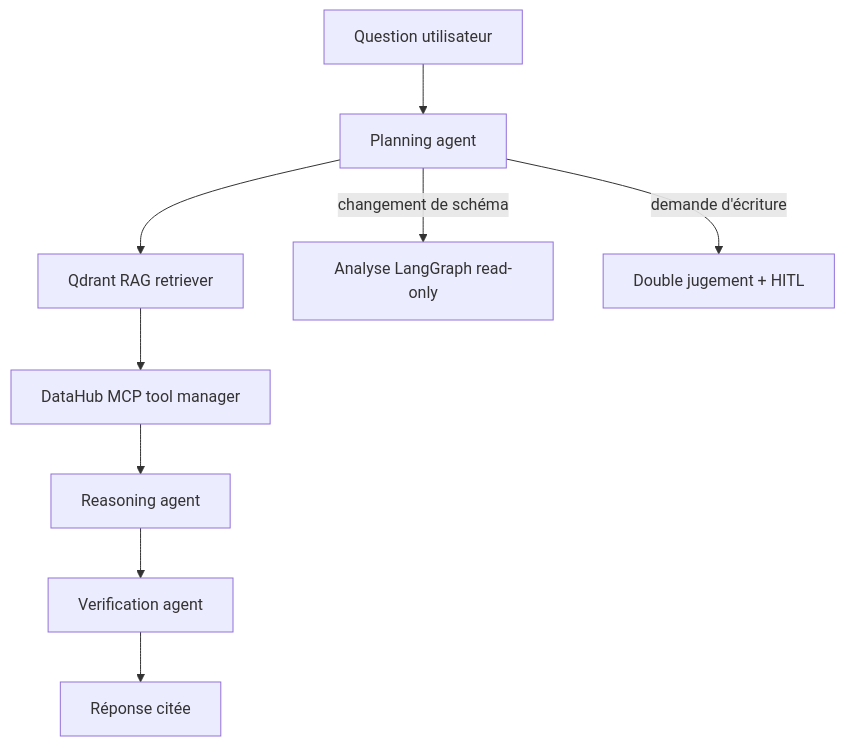
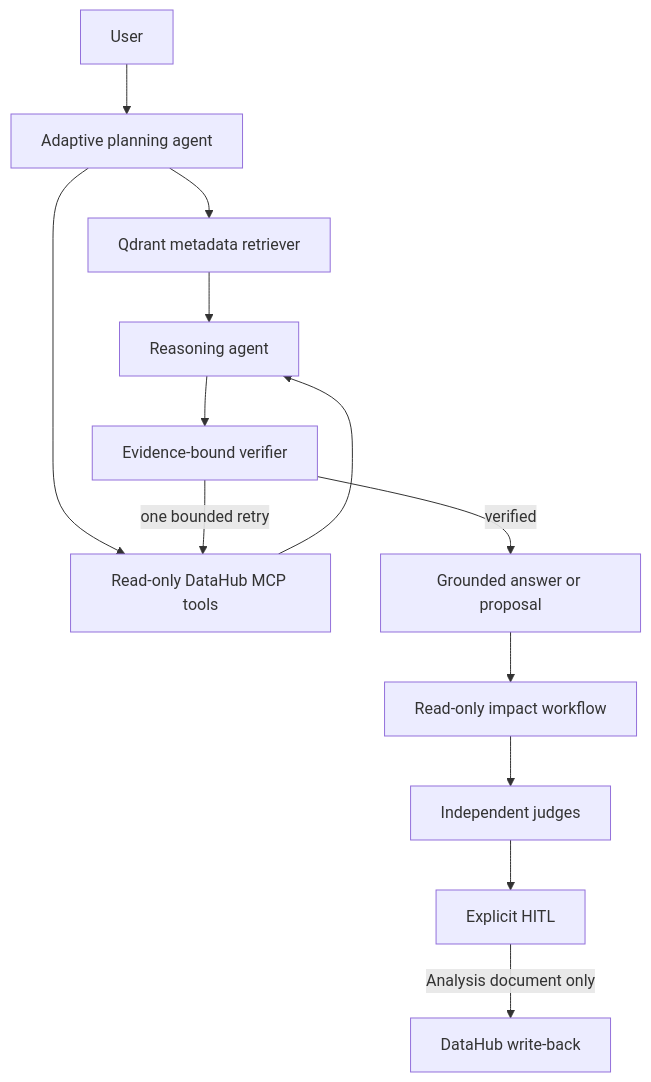
Before and after one commit to omarfh111/LineageGuard-AI: the diagram in README.md, drawn with Mermaid. The commit also changed other lines of this file and 1 other file, not shown here.

````diff
--- a/README.md
+++ b/README.md
@@ -59,11 +11,15 @@
 ```mermaid
 flowchart TD
-    U[Question utilisateur] --> P[Planning agent]
-    P --> R[Qdrant RAG retriever]
-    R --> M[DataHub MCP tool manager]
-    M --> X[Reasoning agent]
-    X --> V[Verification agent]
-    V --> F[Réponse citée]
-    P -->|changement de schéma| A[Analyse LangGraph read-only]
-    P -->|demande d'écriture| H[Double jugement + HITL]
+    U[User] --> P[Adaptive planning agent]
+    P --> R[Qdrant metadata retriever]
+    P --> M[Read-only DataHub MCP tools]
+    R --> X[Reasoning agent]
+    M --> X
+    X --> V[Evidence-bound verifier]
+    V -->|one bounded retry| M
+    V -->|verified| A[Grounded answer or proposal]
+    A --> W[Read-only impact workflow]
+    W --> J[Independent judges]
+    J --> H[Explicit HITL]
+    H -->|Analysis document only| D[DataHub write-back]
 ```
````
